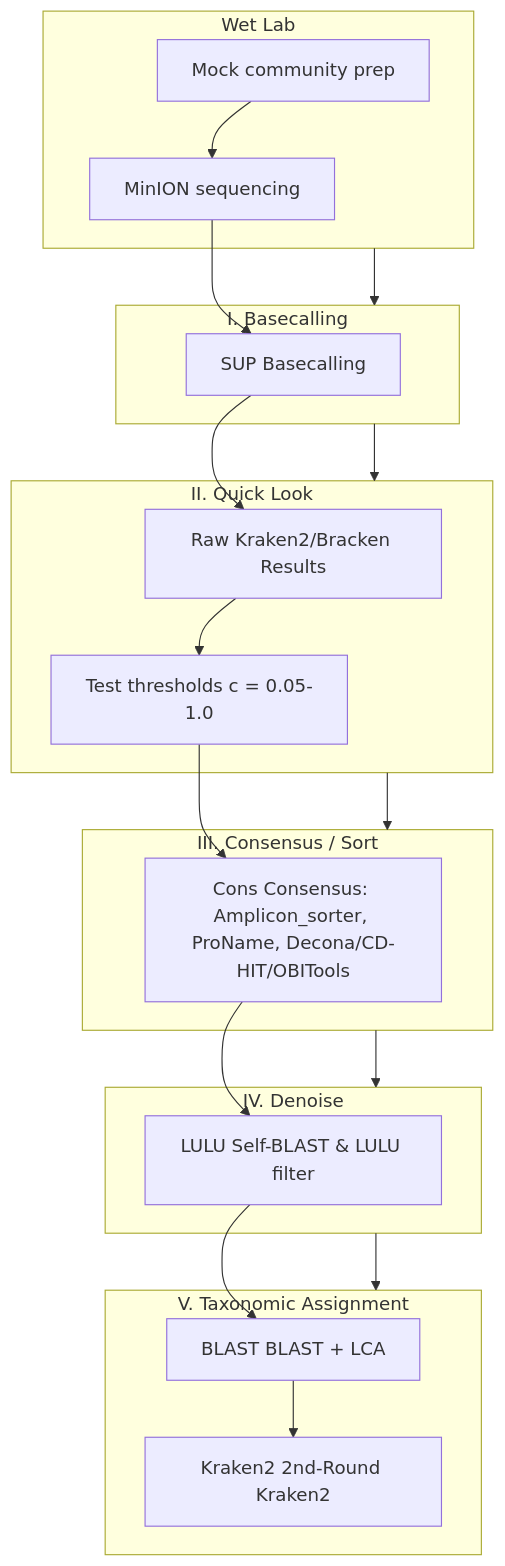
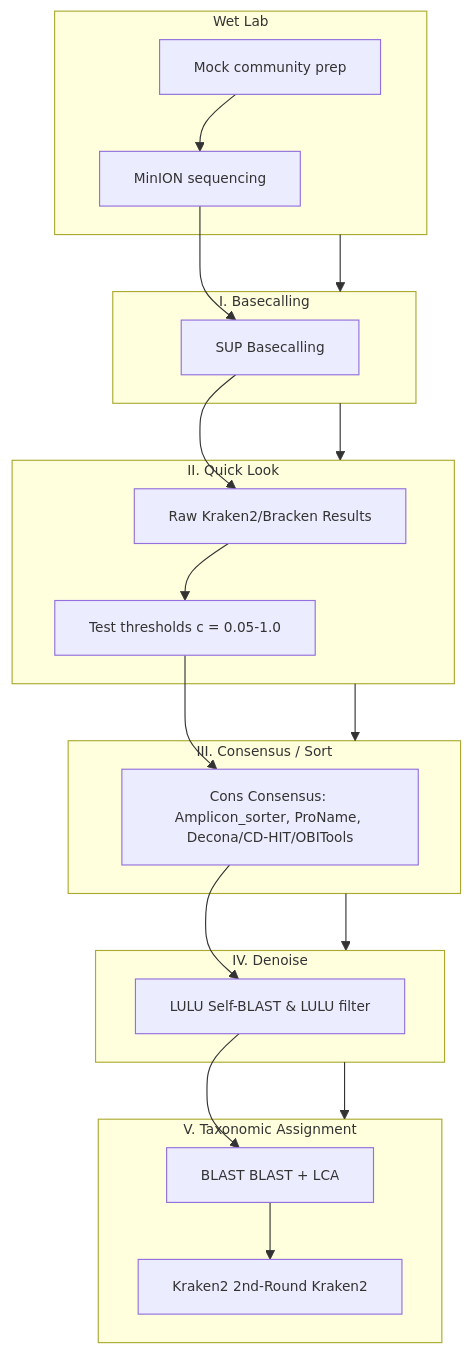
One commit to piedna/DeCodeDNA changed the diagram in README.md. Above: the diagram before and after it, drawn with Mermaid.

Commit message:
Simplify flowchart with short labels and color coding

````diff
--- a/README.md
+++ b/README.md
@@ -38,36 +38,37 @@
 ```mermaid
+%%{init: { "themeVariables": { "fontSize": "12px" } }}%%
 flowchart TB
     subgraph WetLab ["Wet Lab"]
         MC[Mock community prep]
         MinION[MinION sequencing]
         MC --> MinION
     end
     
     subgraph Basecalling ["I. Basecalling"]
         MinION --> SUP[SUP Basecalling]
     end
     
     subgraph QuickLook ["II. Quick Look"]
         SUP --> Kraken[Raw Kraken2/Bracken Results]
         Kraken --> TestThresh[Test thresholds c = 0.05-1.0]
     end
     
     subgraph Consensus ["III. Consensus / Sort"]
         TestThresh --> ConsSort[Cons Consensus: Amplicon_sorter, ProName, Decona/CD-HIT/OBITools]
     end
     
     subgraph Denoise ["IV. Denoise"]
         ConsSort --> LULU[LULU Self-BLAST & LULU filter]
     end
     
     subgraph Taxonomic ["V. Taxonomic Assignment"]
         LULU --> BLAST[BLAST BLAST + LCA]
         BLAST --> Kraken2[Kraken2 2nd-Round Kraken2]
     end
     
     WetLab --> Basecalling
     Basecalling --> QuickLook
     QuickLook --> Consensus
     Consensus --> Denoise
     Denoise --> Taxonomic
 ```
````
